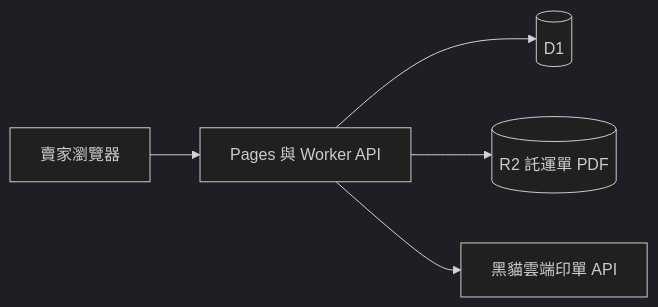
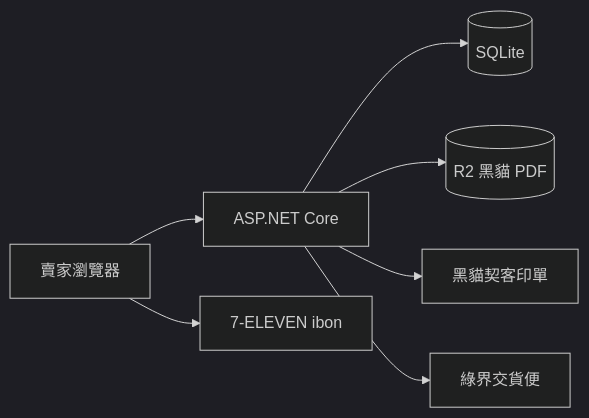
Before and after one commit to isandyzhang/simpleERP: the diagram in docs/architecture.md, drawn with Mermaid (dark theme). The commit also changed other lines of this file and 51 other files, not shown here.

````diff
--- a/docs/architecture.md
+++ b/docs/architecture.md
@@ -41,13 +41,17 @@
 ```mermaid
 flowchart LR
   seller[賣家瀏覽器]
-  app[Pages 與 Worker API]
-  d1[(D1)]
-  r2[(R2 託運單 PDF)]
-  tcat[黑貓雲端印單 API]
+  app[ASP.NET Core]
+  db[(SQLite)]
+  r2[(R2 黑貓 PDF)]
+  tcat[黑貓契客印單]
+  ecpay[綠界交貨便]
+  ibon[7-ELEVEN ibon]
 
   seller --> app
-  app --> d1
+  app --> db
   app --> r2
   app --> tcat
+  app --> ecpay
+  seller --> ibon
 ```
````
